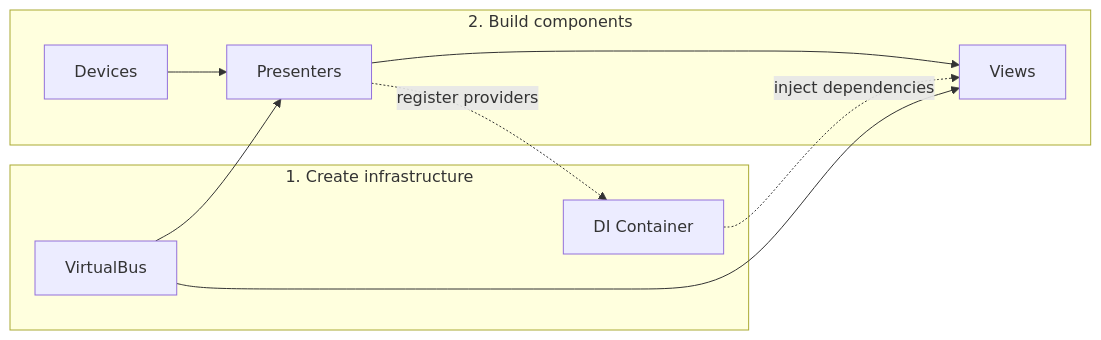
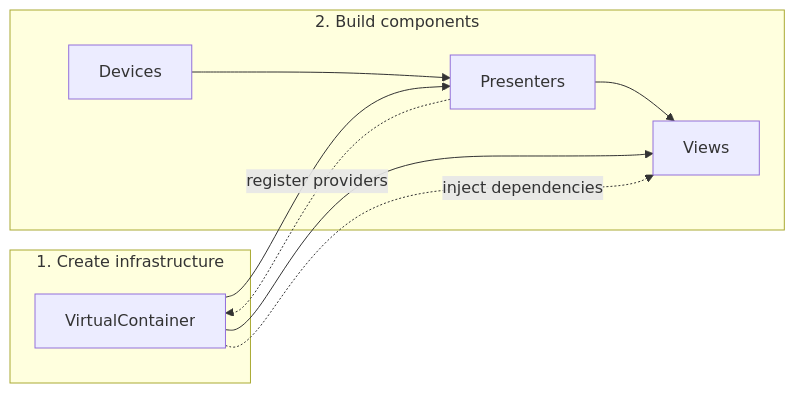
Before and after one commit to redsun-acquisition/redsun: the diagram in docs/explanation/container-architecture.md, drawn with Mermaid. The commit also changed other lines of this file, not shown here.

First line of the commit message:
docs: replace VirtualBus/DI container references with VirtualContainer

````diff
--- a/docs/explanation/container-architecture.md
+++ b/docs/explanation/container-architecture.md
@@ -9,20 +9,19 @@
 ```mermaid
 graph LR
     subgraph 1. Create infrastructure
-        VirtualBus
-        DI[DI Container]
+        VC[VirtualContainer]
     end
 
     subgraph 2. Build components
         Devices
         Presenters
         Views
     end
 
     Devices --> Presenters
     Presenters --> Views
-    VirtualBus --> Presenters
-    VirtualBus --> Views
-    Presenters -.->|register providers| DI
-    DI -.->|inject dependencies| Views
+    VC --> Presenters
+    VC --> Views
+    Presenters -.->|register providers| VC
+    VC -.->|inject dependencies| Views
 ```
````
